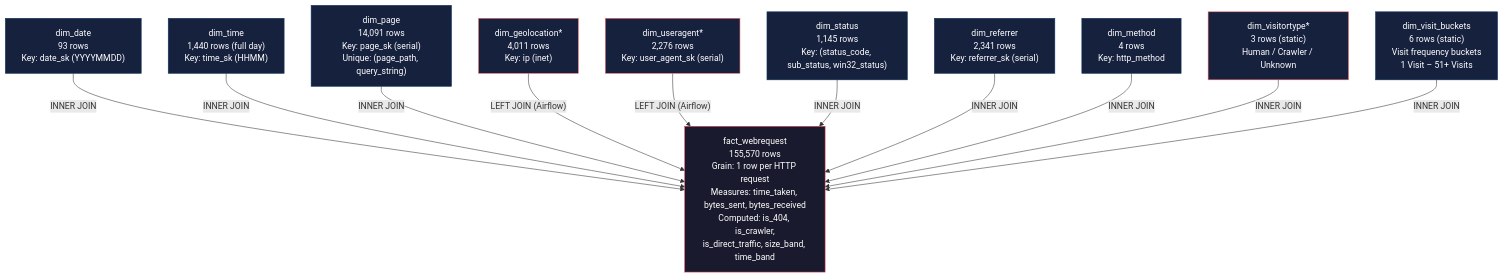
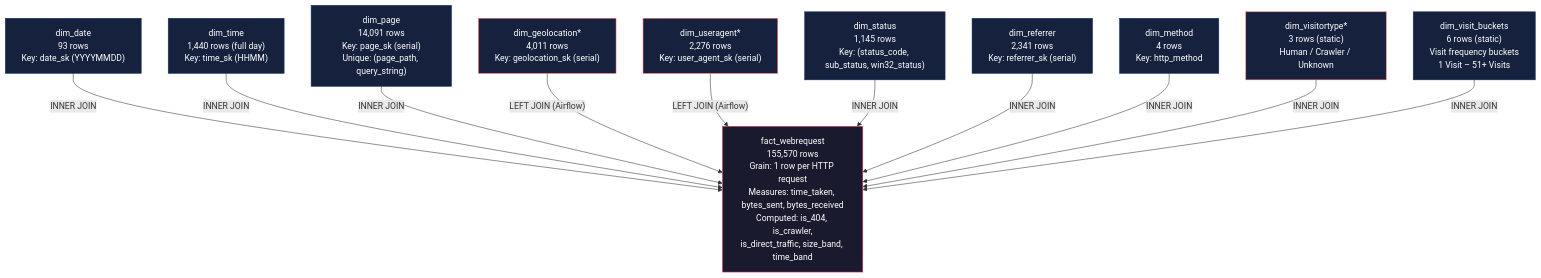
The fifth of 6 diagrams in README.md (AhmedIkram05/w3c-etl-pipeline), drawn with Mermaid before and after one commit. The commit also changed other lines of this file and 1 other file, not shown here.

````diff
--- a/README.md
+++ b/README.md
@@ -386,33 +347,33 @@
 ```mermaid
 flowchart TB
     fact["fact_webrequest<br/>155,570 rows<br/>Grain: 1 row per HTTP request<br/>Measures: time_taken, bytes_sent, bytes_received<br/>Computed: is_404, is_crawler,<br/>is_direct_traffic, size_band, time_band"]
 
     dim_date["dim_date<br/>93 rows<br/>Key: date_sk (YYYYMMDD)"]
     dim_time["dim_time<br/>1,440 rows (full day)<br/>Key: time_sk (HHMM)"]
     dim_page["dim_page<br/>14,091 rows<br/>Key: page_sk (serial)<br/>Unique: (page_path, query_string)"]
-    dim_geo["dim_geolocation*<br/>4,011 rows<br/>Key: ip (inet)"]
+    dim_geo["dim_geolocation*<br/>4,011 rows<br/>Key: geolocation_sk (serial)"]
     dim_ua["dim_useragent*<br/>2,276 rows<br/>Key: user_agent_sk (serial)"]
     dim_status["dim_status<br/>1,145 rows<br/>Key: (status_code, sub_status, win32_status)"]
     dim_ref["dim_referrer<br/>2,341 rows<br/>Key: referrer_sk (serial)"]
     dim_method["dim_method<br/>4 rows<br/>Key: http_method"]
     dim_visitor["dim_visitortype*<br/>3 rows (static)<br/>Human / Crawler / Unknown"]
     dim_visit_buckets["dim_visit_buckets<br/>6 rows (static)<br/>Visit frequency buckets<br/>1 Visit – 51+ Visits"]
 
     dim_date -->|"INNER JOIN"| fact
     dim_time -->|"INNER JOIN"| fact
     dim_page -->|"INNER JOIN"| fact
     dim_geo -->|"LEFT JOIN (Airflow)"| fact
     dim_ua -->|"LEFT JOIN (Airflow)"| fact
     dim_status -->|"INNER JOIN"| fact
     dim_ref -->|"INNER JOIN"| fact
     dim_method -->|"INNER JOIN"| fact
     dim_visitor -->|"INNER JOIN"| fact
     dim_visit_buckets -->|"INNER JOIN"| fact
     
     classDef default fill:#1a1a2e,stroke:#e94560,color:#fff
     classDef dim fill:#16213e,stroke:#0f3460,color:#fff
     classDef airflow fill:#16213e,stroke:#ff6b6b,color:#fff
     class fact default
     class dim_date,dim_time,dim_page,dim_status,dim_ref,dim_method,dim_visit_buckets dim
     class dim_geo,dim_ua,dim_visitor airflow
 ```
````
